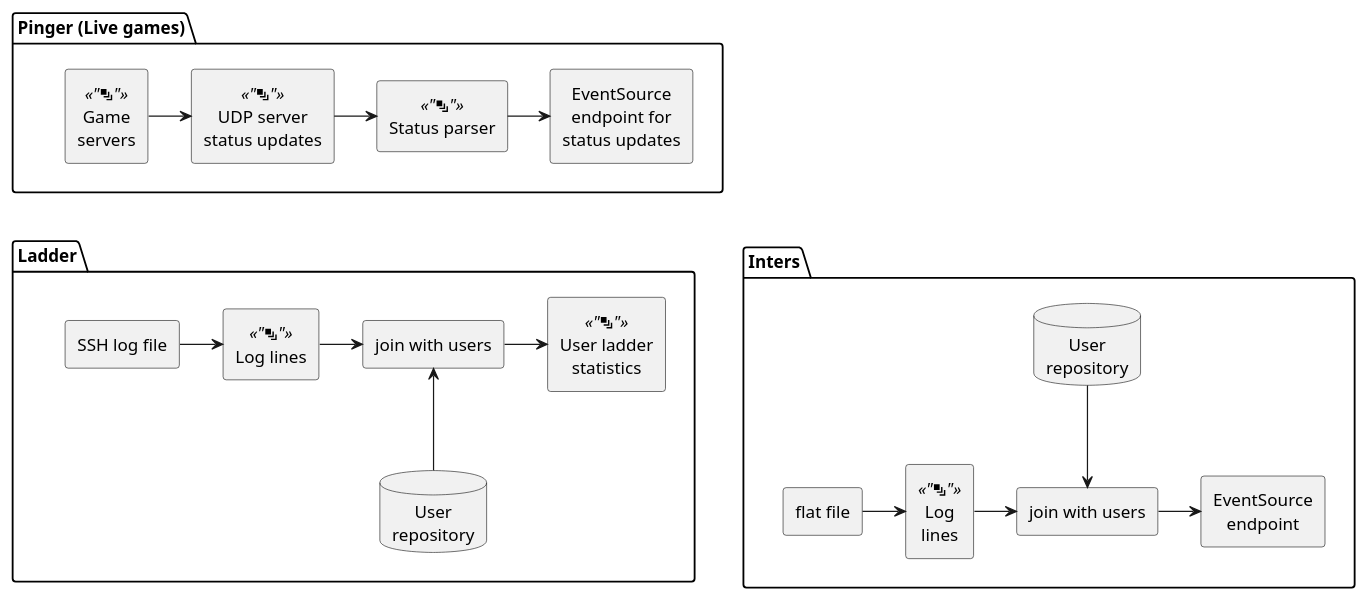
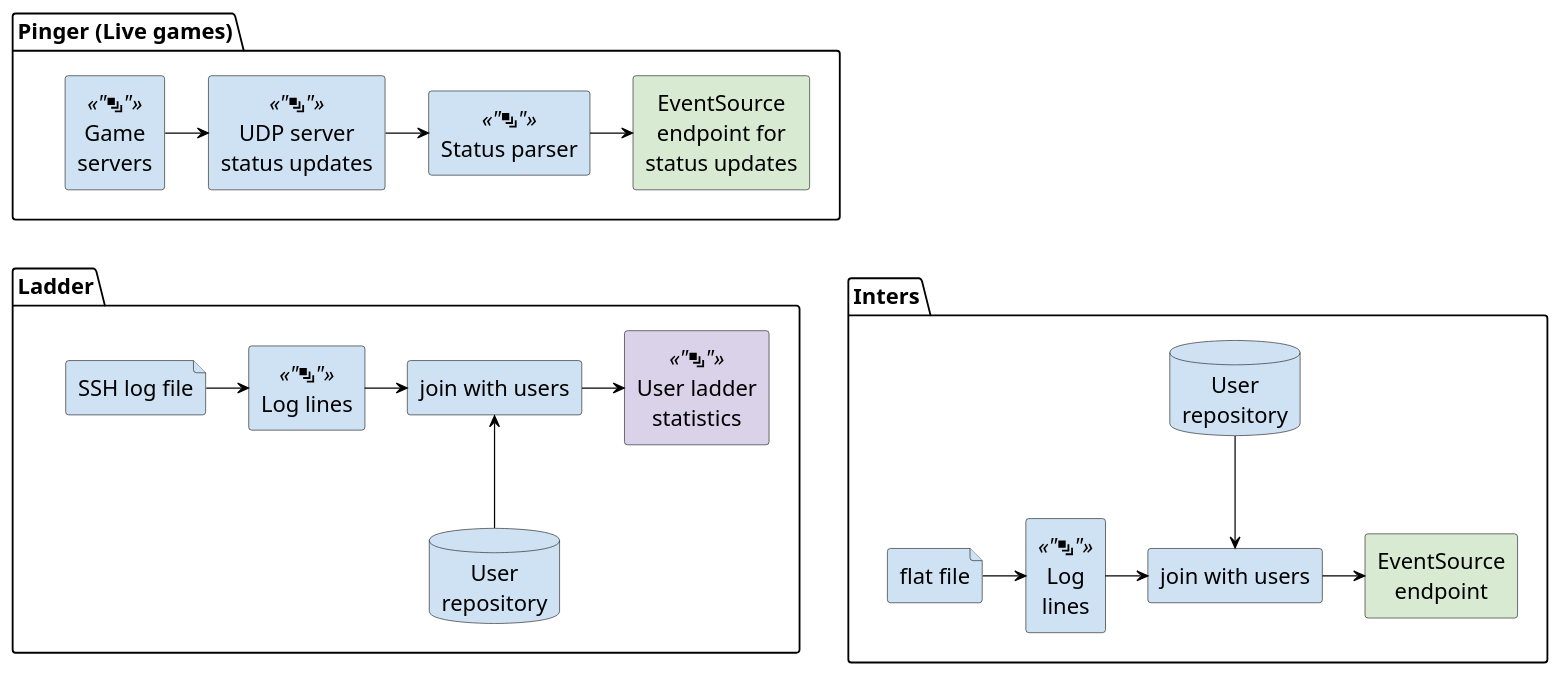
The second of 2 diagrams in docs/architecture.plantuml (omainegra/ActionFPS), drawn with PlantUML before and after one commit. The commit also changed other lines of this file, not shown here.

```diff
--- a/docs/architecture.plantuml
+++ b/docs/architecture.plantuml
@@ -80,42 +85,47 @@
 @startuml
 skinparam DefaultTextAlignment center
+skinparam arrowColor #000000
+skinparam rectangleBackgroundColor #CFE2F3
+skinparam fileBackgroundColor #CFE2F3
+skinparam databaseBackgroundColor #CFE2F3
+skinparam defaultFontSize 18
 
 package "Pinger (Live games)" as p3 {
     rectangle "Game\nservers" <<"<&layers>">> as gameServers
     rectangle "UDP server\nstatus updates" <<"<&layers>">> as udpServer
     rectangle "Status parser" <<"<&layers>">> as statusParser
-    rectangle "EventSource\nendpoint for\nstatus updates" as eventSourceEndpoint2
+    rectangle "EventSource\nendpoint for\nstatus updates" as eventSourceEndpoint2 #D9EAD3
 
         gameServers -> udpServer
         udpServer -> statusParser
         statusParser -> eventSourceEndpoint2
 }
 
 package "Ladder" as p4 {
-    rectangle "SSH log file" as sshLogFile
+    file "SSH log file" as sshLogFile
     rectangle "Log lines" <<"<&layers>">> as logLines3
     rectangle "join with users" as joinWithUsers2
-    rectangle "User ladder\nstatistics" <<"<&layers>">> as userLadderStatistics
+    rectangle "User ladder\nstatistics" <<"<&layers>">> as userLadderStatistics #D9D2E9
     database "User\nrepository"  as userRepository2
 
         sshLogFile -> logLines3
         logLines3 -> joinWithUsers2
         joinWithUsers2 -> userLadderStatistics
         joinWithUsers2 <-- userRepository2
 }
 p3 -[hidden]-> p4
 
 package "Inters" as p5 {
     database "User\nrepository" as userRepository3
-    rectangle "flat file" as flatFile3
+    file "flat file" as flatFile3
     rectangle "Log\nlines" <<"<&layers>">> as logLines4
     rectangle "join with users" as joinWithUsers3
-    rectangle "EventSource\nendpoint" as eventSourceEndpoint3
+    rectangle "EventSource\nendpoint" as eventSourceEndpoint3 #D9EAD3
 
         userRepository3 --> joinWithUsers3
         flatFile3 -> logLines4
         logLines4 -> joinWithUsers3
         joinWithUsers3 -> eventSourceEndpoint3
 }
 p4 -[hidden]> p5
 @enduml
```
